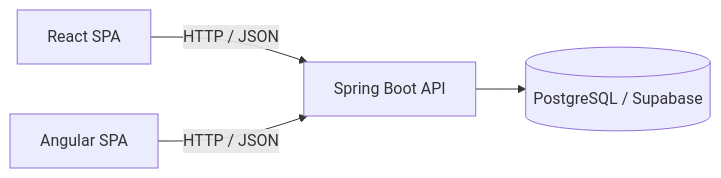
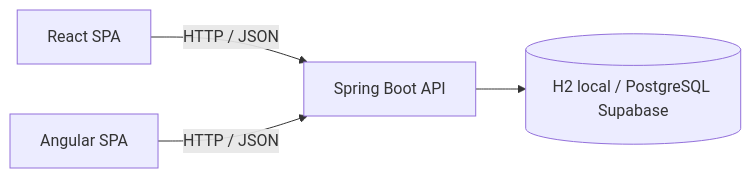
One commit to cmartinezs/DSY1107-EV1-IMPL changed the second of 5 diagrams in README.md. Above: the diagram before and after it, drawn with Mermaid. The commit also changed other lines of this file, not shown here.

Commit message:
docs: document zero-config H2 and Supabase integration modes

````diff
--- a/README.md
+++ b/README.md
@@ -33,6 +33,6 @@
 ```mermaid
 flowchart LR
     React[React SPA] -->|HTTP / JSON| API[Spring Boot API]
     Angular[Angular SPA] -->|HTTP / JSON| API
-    API --> DB[(PostgreSQL / Supabase)]
+    API --> DB[(H2 local / PostgreSQL Supabase)]
 ```
````
